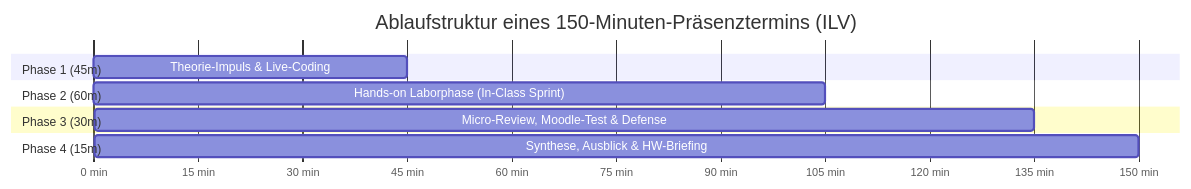
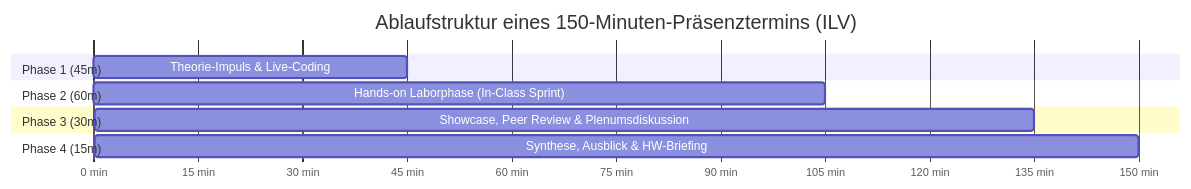
The first of 5 diagrams in Konzept/01_Lehrveranstaltungsstruktur_und_Syllabus.md (ghackenberg/kurs-computer-simulation), drawn with Mermaid before and after one commit. The commit also changed other lines of this file and 2 other files, not shown here.

Commit message:
feat(konzept): integrate weekly showcase presentations and peer-review questioning into grading

````diff
--- a/Konzept/01_Lehrveranstaltungsstruktur_und_Syllabus.md
+++ b/Konzept/01_Lehrveranstaltungsstruktur_und_Syllabus.md
@@ -559,14 +592,14 @@
 ```mermaid
 gantt
     title Ablaufstruktur eines 150-Minuten-Präsenztermins (ILV)
     dateFormat X
     axisFormat %s min
     section Phase 1 (45m)
     Theorie-Impuls & Live-Coding : 0, 45
     section Phase 2 (60m)
     Hands-on Laborphase (In-Class Sprint) : 45, 105
     section Phase 3 (30m)
-    Micro-Review, Moodle-Test & Defense : 105, 135
+    Showcase, Peer Review & Plenumsdiskussion : 105, 135
     section Phase 4 (15m)
     Synthese, Ausblick & HW-Briefing : 135, 150
 ```
````
